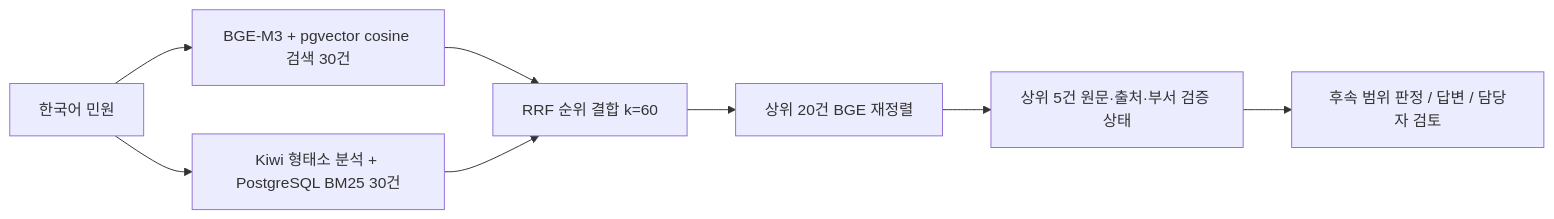
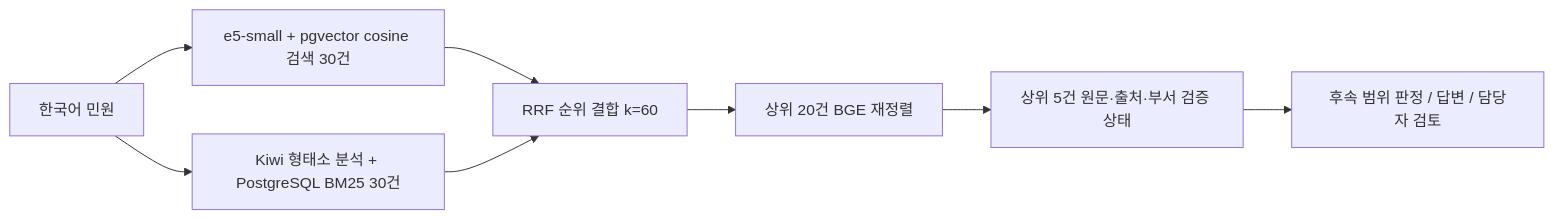
The diagram in rag/README.md (hy040504/ai-complaint-process), drawn with Mermaid before and after one commit. The commit also changed other lines of this file and 90 other files, not shown here.

````diff
--- a/rag/README.md
+++ b/rag/README.md
@@ -89,10 +95,10 @@
 ```mermaid
 flowchart LR
-    Q[한국어 민원] --> V[BGE-M3 + pgvector cosine 검색 30건]
+    Q[한국어 민원] --> V[e5-small + pgvector cosine 검색 30건]
     Q --> K[Kiwi 형태소 분석 + PostgreSQL BM25 30건]
     V --> F[RRF 순위 결합 k=60]
     K --> F
     F --> R[상위 20건 BGE 재정렬]
     R --> E[상위 5건 원문·출처·부서 검증 상태]
     E --> G[후속 범위 판정 / 답변 / 담당자 검토]
 ```
````
